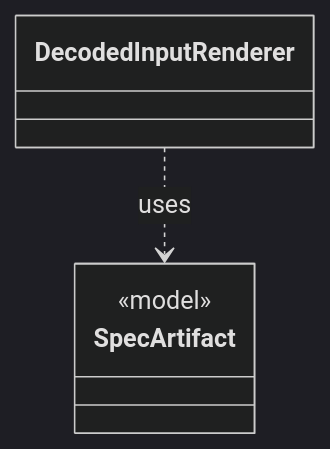
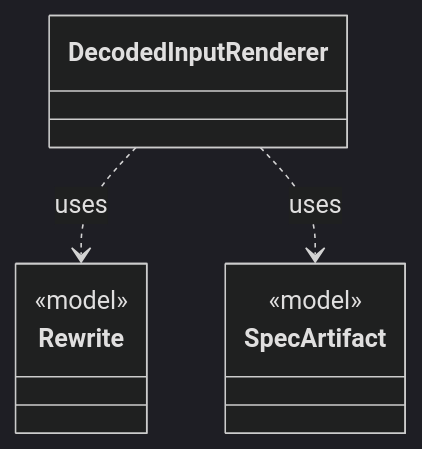
The diagram in dev/types/io.github.tlaplus.hardening.cli.DecodedInputRenderer.md (tlaplus/model-checker-hardening), drawn with Mermaid (dark theme) before and after one commit. The commit also changed other lines of this file and 408 other files, not shown here.

````diff
--- a/dev/types/io.github.tlaplus.hardening.cli.DecodedInputRenderer.md
+++ b/dev/types/io.github.tlaplus.hardening.cli.DecodedInputRenderer.md
@@ -7,8 +7,12 @@
 ```mermaid
 classDiagram
   class DecodedInputRenderer
+  class Rewrite {
+    <<model>>
+  }
   class SpecArtifact {
     <<model>>
   }
+  DecodedInputRenderer ..> Rewrite : uses
   DecodedInputRenderer ..> SpecArtifact : uses
 ```
````
